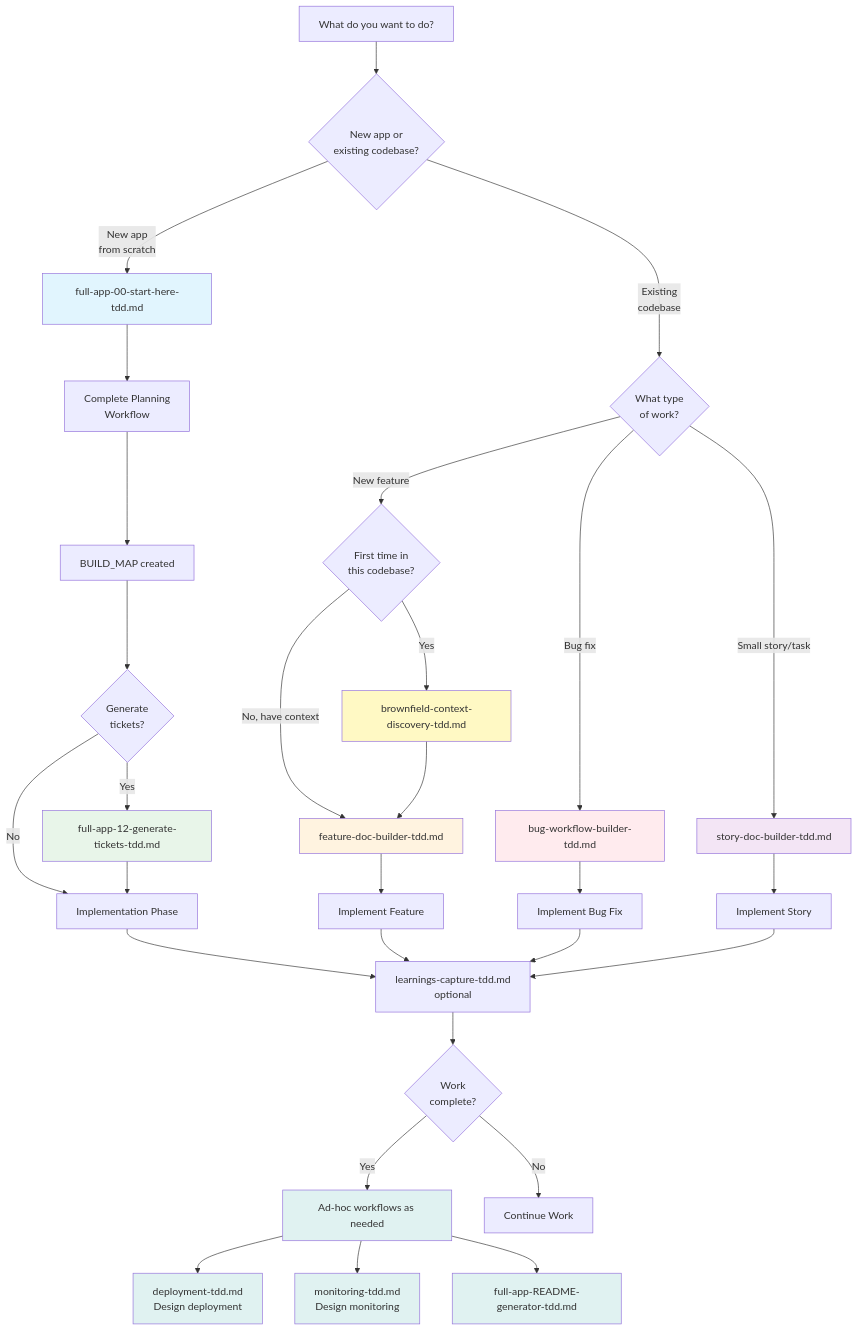
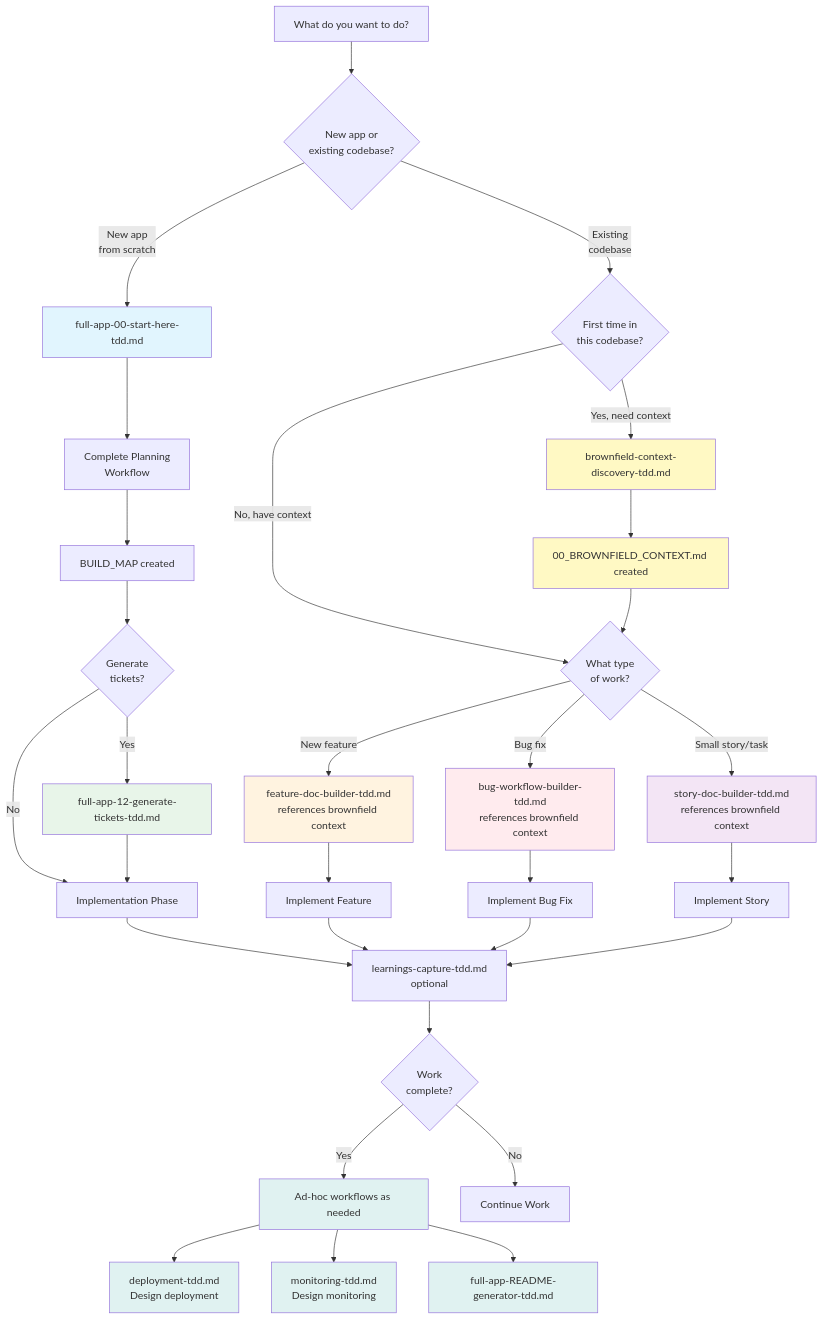
One commit to byronbthompson/ai-toolkit changed the diagram in cursor/commands/00-WORKFLOW-SELECTOR.md. Above: the diagram before and after it, drawn with Mermaid. The commit also changed other lines of this file and 4 other files, not shown here.

````diff
--- a/cursor/commands/00-WORKFLOW-SELECTOR.md
+++ b/cursor/commands/00-WORKFLOW-SELECTOR.md
@@ -318,51 +331,54 @@
 ```mermaid
 graph TD
     Start[What do you want to do?] --> Q1{New app or<br/>existing codebase?}
 
     Q1 -->|New app<br/>from scratch| FullApp[full-app-00-start-here-tdd.md]
-    Q1 -->|Existing<br/>codebase| Q2{What type<br/>of work?}
+    Q1 -->|Existing<br/>codebase| Q2{First time in<br/>this codebase?}
 
-    Q2 -->|New feature| Q3{First time in<br/>this codebase?}
-    Q2 -->|Bug fix| Bug[bug-workflow-builder-tdd.md]
-    Q2 -->|Small story/task| Story[story-doc-builder-tdd.md]
+    Q2 -->|Yes, need context| Brownfield[brownfield-context-discovery-tdd.md]
+    Q2 -->|No, have context| Q3{What type<br/>of work?}
 
-    Q3 -->|Yes| Brownfield[brownfield-context-discovery-tdd.md]
-    Q3 -->|No, have context| Feature[feature-doc-builder-tdd.md]
-    Brownfield --> Feature
+    Brownfield --> BrownfieldDone[00_BROWNFIELD_CONTEXT.md created]
+    BrownfieldDone --> Q3
+
+    Q3 -->|New feature| Feature[feature-doc-builder-tdd.md<br/>references brownfield context]
+    Q3 -->|Bug fix| Bug[bug-workflow-builder-tdd.md<br/>references brownfield context]
+    Q3 -->|Small story/task| Story[story-doc-builder-tdd.md<br/>references brownfield context]
 
     FullApp --> Planning[Complete Planning<br/>Workflow]
     Planning --> BuildMap[BUILD_MAP created]
     BuildMap --> Q4{Generate<br/>tickets?}
 
     Q4 -->|Yes| Tickets[full-app-12-generate-tickets-tdd.md]
     Q4 -->|No| Implement
     Tickets --> Implement[Implementation Phase]
 
     Feature --> FeatureImpl[Implement Feature]
     Bug --> BugImpl[Implement Bug Fix]
     Story --> StoryImpl[Implement Story]
 
     Implement --> Capture[learnings-capture-tdd.md<br/>optional]
     FeatureImpl --> Capture
     BugImpl --> Capture
     StoryImpl --> Capture
 
     Capture --> Complete{Work<br/>complete?}
     Complete -->|Yes| AdHoc[Ad-hoc workflows as needed]
     Complete -->|No| Continue[Continue Work]
 
     AdHoc --> DeployTDD[deployment-tdd.md<br/>Design deployment]
     AdHoc --> MonitorTDD[monitoring-tdd.md<br/>Design monitoring]
     AdHoc --> Readme[full-app-README-generator-tdd.md]
 
     style FullApp fill:#e1f5fe
     style Feature fill:#fff3e0
     style Bug fill:#ffebee
     style Story fill:#f3e5f5
     style Tickets fill:#e8f5e9
     style Brownfield fill:#fff9c4
+    style BrownfieldDone fill:#fff9c4
     style AdHoc fill:#e0f2f1
     style DeployTDD fill:#e0f2f1
     style MonitorTDD fill:#e0f2f1
     style Readme fill:#e0f2f1
 ```
````
